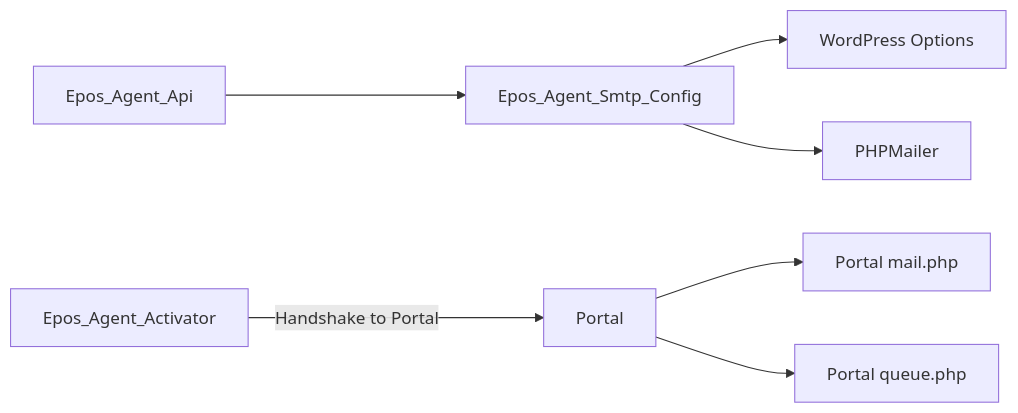
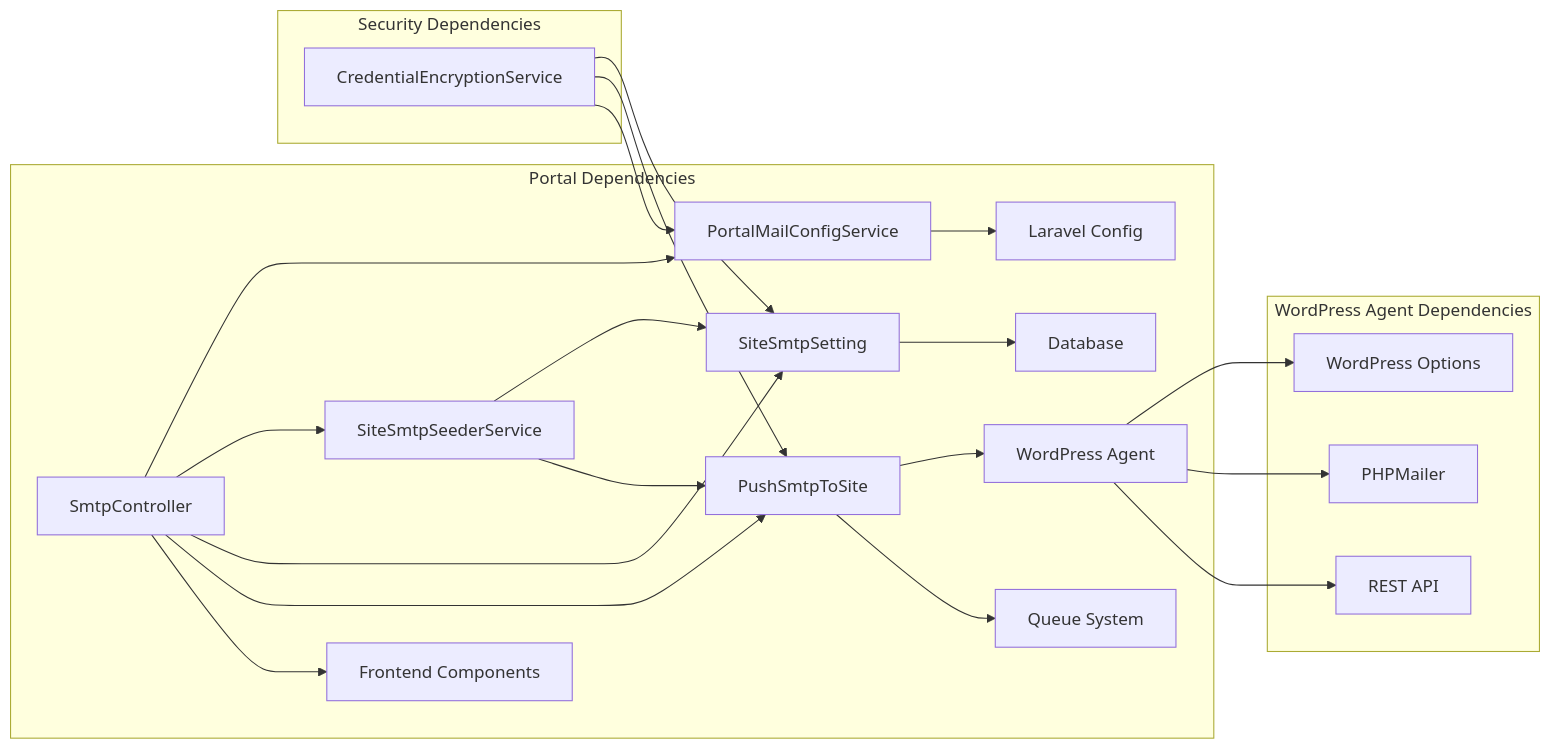
One commit to FCS-WP/website_portal changed the third of 3 diagrams in .qoder/repowiki/en/content/WordPress Agent Integration/SMTP Configuration.md. Above: the diagram before and after it, drawn with Mermaid. The commit also changed other lines of this file and 30 other files, not shown here.

````diff
--- a/.qoder/repowiki/en/content/WordPress Agent Integration/SMTP Configuration.md
+++ b/.qoder/repowiki/en/content/WordPress Agent Integration/SMTP Configuration.md
@@ -212,9 +258,26 @@
 ```mermaid
 graph LR
-API["Epos_Agent_Api"] --> SMTP["Epos_Agent_Smtp_Config"]
-SMTP --> OPT["WordPress Options"]
-SMTP --> PM["PHPMailer"]
-ACT["Epos_Agent_Activator"] --> |"Handshake to Portal"| Portal["Portal"]
-Portal --> MailCfg["Portal mail.php"]
-Portal --> QCfg["Portal queue.php"]
+subgraph "Portal Dependencies"
+Controller["SmtpController"] --> Service["PortalMailConfigService"]
+Controller --> Seeder["SiteSmtpSeederService"]
+Controller --> Model["SiteSmtpSetting"]
+Controller --> Job["PushSmtpToSite"]
+Seeder --> Model
+Seeder --> Job
+Job --> Agent["WordPress Agent"]
+Service --> Config["Laravel Config"]
+Model --> DB["Database"]
+Job --> Queue["Queue System"]
+Controller --> Frontend["Frontend Components"]
+end
+subgraph "Security Dependencies"
+Encryption["CredentialEncryptionService"] --> Model
+Encryption --> Job
+Encryption --> Service
+end
+subgraph "WordPress Agent Dependencies"
+Agent --> WP["WordPress Options"]
+Agent --> PHPMailer["PHPMailer"]
+Agent --> API["REST API"]
+end
 ```
````
